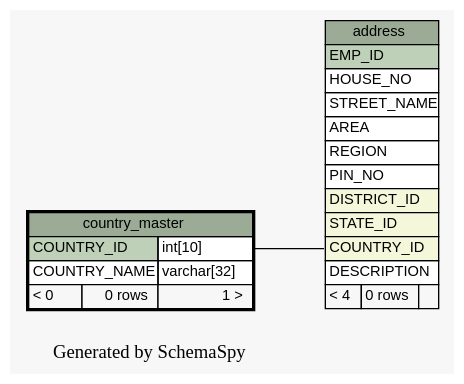
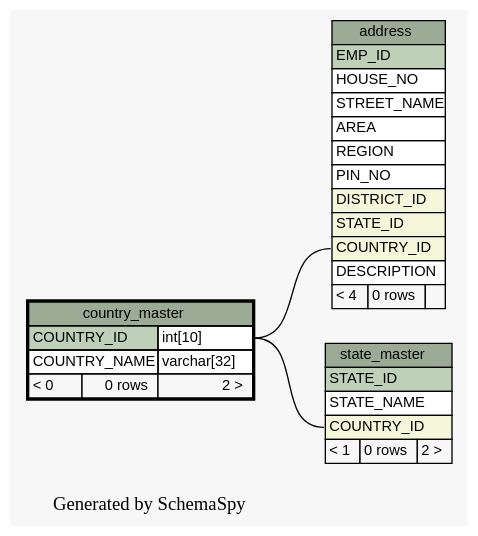
The diagram in docs/database/schemaspy/graphs/country_master.1degree.dot (engineerscraft/hrms), drawn with Graphviz before and after one commit. The commit also changed 96 other files, not shown here.

```diff
--- a/docs/database/schemaspy/graphs/country_master.1degree.dot
+++ b/docs/database/schemaspy/graphs/country_master.1degree.dot
@@ -1,48 +1,61 @@
 // dot 2.38.0 on Windows 7 6.1
 digraph "oneDegreeRelationshipsGraph" {
   graph [
     rankdir="RL"
     bgcolor="#f7f7f7"
     label="\nGenerated by SchemaSpy"
     labeljust="l"
   ];
   node [
     fontname="Helvetica"
     fontsize="11"
     shape="plaintext"
   ];
   edge [
     arrowsize="0.8"
   ];
   "address":"COUNTRY_ID":w -> "country_master":"COUNTRY_ID.type":e [arrowtail=crowodot arrowhead=none];
+  "state_master":"COUNTRY_ID":w -> "country_master":"COUNTRY_ID.type":e [arrowtail=crowodot arrowhead=none];
   "address" [
     label=<
     <TABLE BORDER="0" CELLBORDER="1" CELLSPACING="0" BGCOLOR="#ffffff">
       <TR><TD PORT="address.heading" COLSPAN="3" BGCOLOR="#9bab96" ALIGN="CENTER">address</TD></TR>
       <TR><TD PORT="EMP_ID" COLSPAN="3" BGCOLOR="#bed1b8" ALIGN="LEFT">EMP_ID</TD></TR>
       <TR><TD PORT="HOUSE_NO" COLSPAN="3" ALIGN="LEFT">HOUSE_NO</TD></TR>
       <TR><TD PORT="STREET_NAME" COLSPAN="3" ALIGN="LEFT">STREET_NAME</TD></TR>
       <TR><TD PORT="AREA" COLSPAN="3" ALIGN="LEFT">AREA</TD></TR>
       <TR><TD PORT="REGION" COLSPAN="3" ALIGN="LEFT">REGION</TD></TR>
       <TR><TD PORT="PIN_NO" COLSPAN="3" ALIGN="LEFT">PIN_NO</TD></TR>
       <TR><TD PORT="DISTRICT_ID" COLSPAN="3" BGCOLOR="#f4f7da" ALIGN="LEFT">DISTRICT_ID</TD></TR>
       <TR><TD PORT="STATE_ID" COLSPAN="3" BGCOLOR="#f4f7da" ALIGN="LEFT">STATE_ID</TD></TR>
       <TR><TD PORT="COUNTRY_ID" COLSPAN="3" BGCOLOR="#f4f7da" ALIGN="LEFT">COUNTRY_ID</TD></TR>
       <TR><TD PORT="DESCRIPTION" COLSPAN="3" ALIGN="LEFT">DESCRIPTION</TD></TR>
       <TR><TD ALIGN="LEFT" BGCOLOR="#f7f7f7">&lt; 4</TD><TD ALIGN="RIGHT" BGCOLOR="#f7f7f7">0 rows</TD><TD ALIGN="RIGHT" BGCOLOR="#f7f7f7">  </TD></TR>
     </TABLE>>
     URL="address.html#graph"
     tooltip="address"
   ];
   "country_master" [
     label=<
     <TABLE BORDER="2" CELLBORDER="1" CELLSPACING="0" BGCOLOR="#ffffff">
       <TR><TD PORT="country_master.heading" COLSPAN="3" BGCOLOR="#9bab96" ALIGN="CENTER">country_master</TD></TR>
       <TR><TD PORT="COUNTRY_ID" COLSPAN="2" BGCOLOR="#bed1b8" ALIGN="LEFT">COUNTRY_ID</TD><TD PORT="COUNTRY_ID.type" ALIGN="LEFT">int[10]</TD></TR>
       <TR><TD PORT="COUNTRY_NAME" COLSPAN="2" ALIGN="LEFT">COUNTRY_NAME</TD><TD PORT="COUNTRY_NAME.type" ALIGN="LEFT">varchar[32]</TD></TR>
-      <TR><TD ALIGN="LEFT" BGCOLOR="#f7f7f7">&lt; 0</TD><TD ALIGN="RIGHT" BGCOLOR="#f7f7f7">0 rows</TD><TD ALIGN="RIGHT" BGCOLOR="#f7f7f7">1 &gt;</TD></TR>
+      <TR><TD ALIGN="LEFT" BGCOLOR="#f7f7f7">&lt; 0</TD><TD ALIGN="RIGHT" BGCOLOR="#f7f7f7">0 rows</TD><TD ALIGN="RIGHT" BGCOLOR="#f7f7f7">2 &gt;</TD></TR>
     </TABLE>>
     URL="country_master.html#"
     tooltip="country_master"
   ];
+  "state_master" [
+    label=<
+    <TABLE BORDER="0" CELLBORDER="1" CELLSPACING="0" BGCOLOR="#ffffff">
+      <TR><TD PORT="state_master.heading" COLSPAN="3" BGCOLOR="#9bab96" ALIGN="CENTER">state_master</TD></TR>
+      <TR><TD PORT="STATE_ID" COLSPAN="3" BGCOLOR="#bed1b8" ALIGN="LEFT">STATE_ID</TD></TR>
+      <TR><TD PORT="STATE_NAME" COLSPAN="3" ALIGN="LEFT">STATE_NAME</TD></TR>
+      <TR><TD PORT="COUNTRY_ID" COLSPAN="3" BGCOLOR="#f4f7da" ALIGN="LEFT">COUNTRY_ID</TD></TR>
+      <TR><TD ALIGN="LEFT" BGCOLOR="#f7f7f7">&lt; 1</TD><TD ALIGN="RIGHT" BGCOLOR="#f7f7f7">0 rows</TD><TD ALIGN="RIGHT" BGCOLOR="#f7f7f7">2 &gt;</TD></TR>
+    </TABLE>>
+    URL="state_master.html#graph"
+    tooltip="state_master"
+  ];
 }
```
